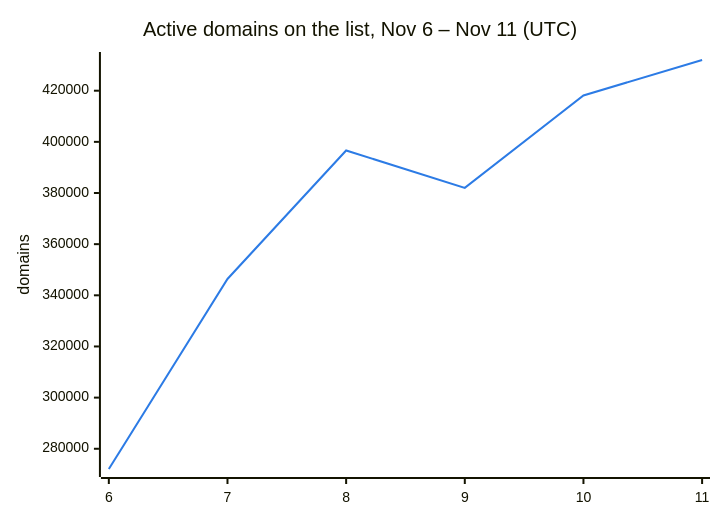
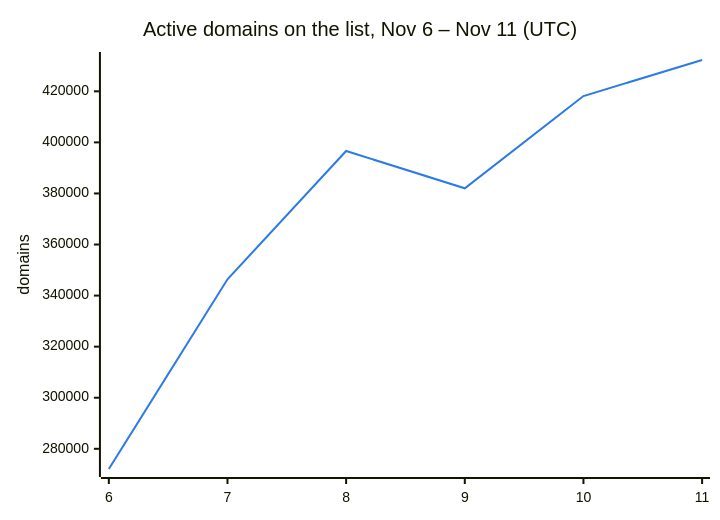
Before and after one commit to DNSBunker/CTI: the second of 3 diagrams in README.md, drawn with Mermaid. The commit also changed other lines of this file and 3 other files, not shown here.

````diff
--- a/README.md
+++ b/README.md
@@ -38,8 +38,8 @@
 ```mermaid
 %%{init: {"themeVariables": {"xyChart": {"plotColorPalette": "#2c7be5"}}}}%%
 xychart-beta
     title "Active domains on the list, Nov 6 – Nov 11 (UTC)"
     x-axis ["6", "7", "8", "9", "10", "11"]
     y-axis "domains"
-    line [272088, 346388, 396638, 382009, 418143, 432005]
+    line [272088, 346388, 396638, 382009, 418143, 432263]
 ```
````
